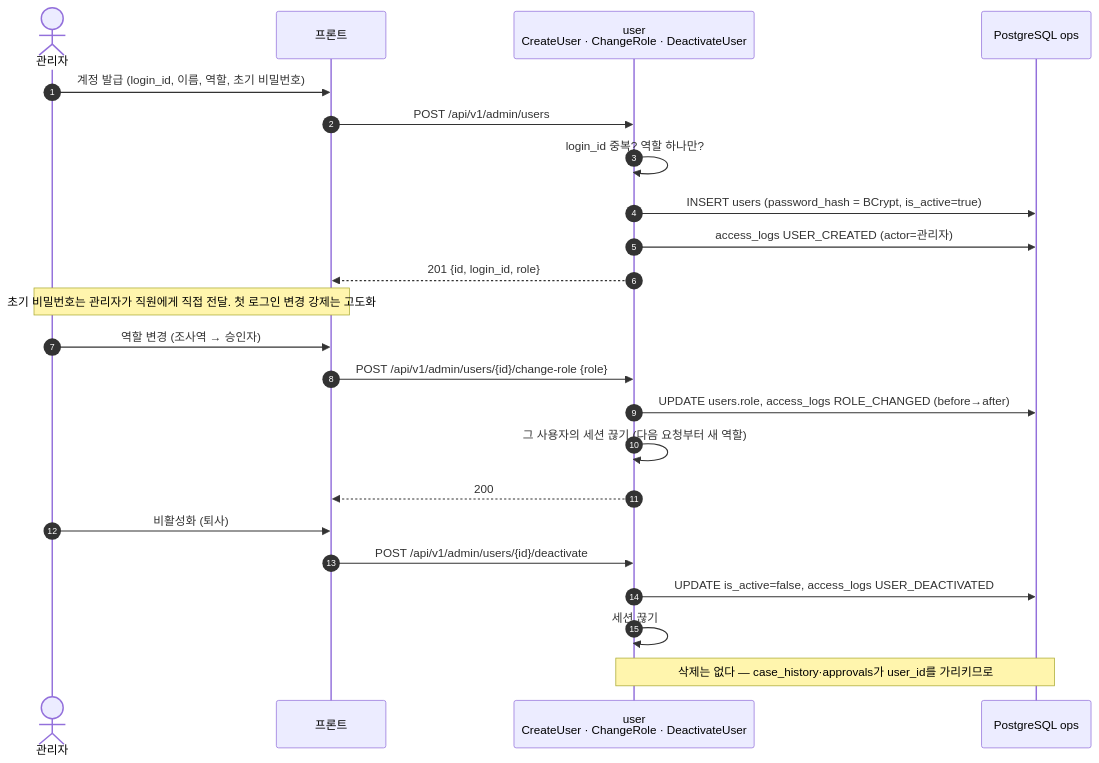
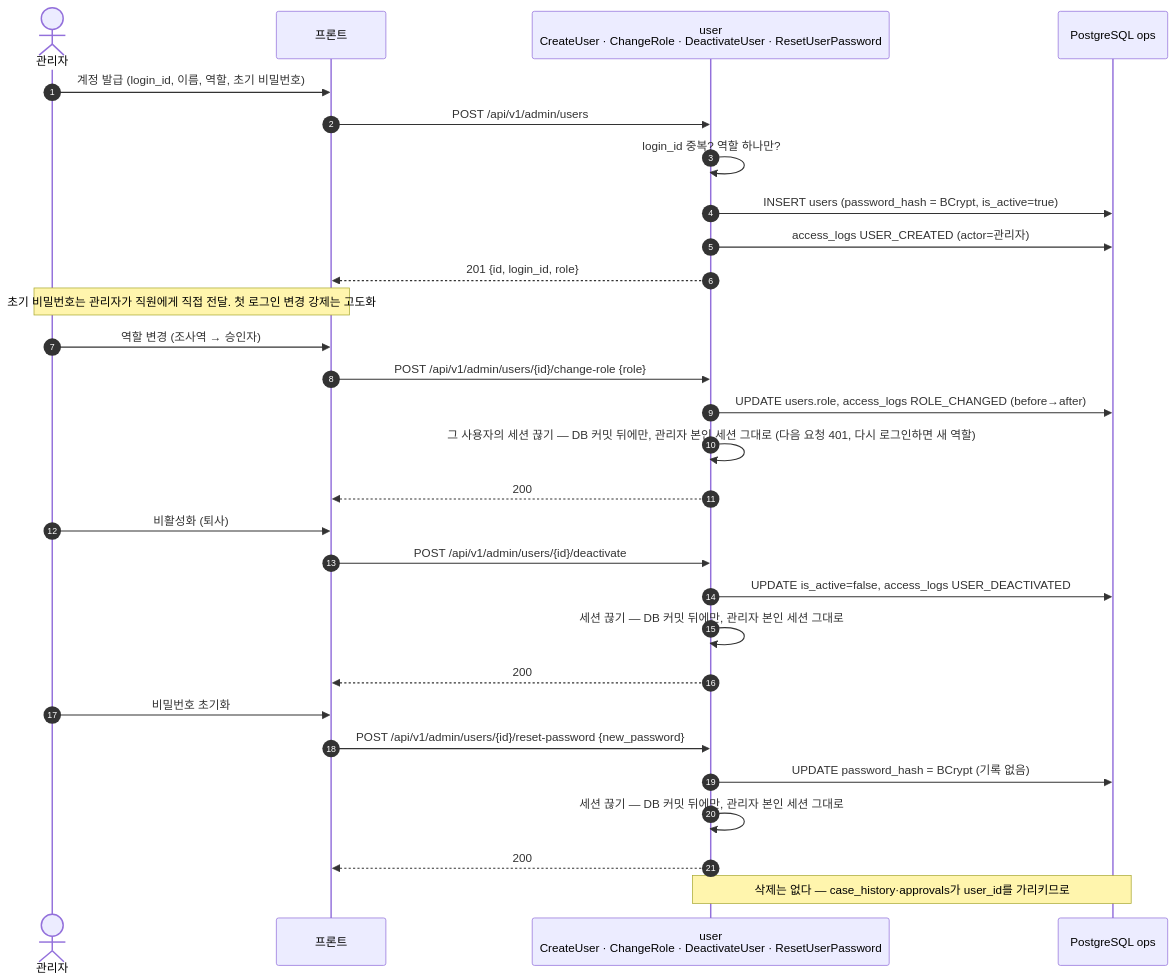
One commit to dajaba-team/dajaba-backend changed the third of 3 diagrams in docs/flows/05_login_auth.md. Above: the diagram before and after it, drawn with Mermaid. The commit also changed other lines of this file and 28 other files, not shown here.

````diff
--- a/docs/flows/05_login_auth.md
+++ b/docs/flows/05_login_auth.md
@@ -84,28 +85,35 @@
 ```mermaid
 sequenceDiagram
     autonumber
     actor Adm as 관리자
     participant FE as 프론트
-    participant USR as user<br/>CreateUser · ChangeRole · DeactivateUser
+    participant USR as user<br/>CreateUser · ChangeRole · DeactivateUser · ResetUserPassword
     participant DB as PostgreSQL ops
 
     Adm->>FE: 계정 발급 (login_id, 이름, 역할, 초기 비밀번호)
     FE->>USR: POST /api/v1/admin/users
     USR->>USR: login_id 중복? 역할 하나만?
     USR->>DB: INSERT users (password_hash = BCrypt, is_active=true)
     USR->>DB: access_logs USER_CREATED (actor=관리자)
     USR-->>FE: 201 {id, login_id, role}
     note over Adm,FE: 초기 비밀번호는 관리자가 직원에게 직접 전달. 첫 로그인 변경 강제는 고도화
 
     Adm->>FE: 역할 변경 (조사역 → 승인자)
     FE->>USR: POST /api/v1/admin/users/{id}/change-role {role}
     USR->>DB: UPDATE users.role, access_logs ROLE_CHANGED (before→after)
-    USR->>USR: 그 사용자의 세션 끊기 (다음 요청부터 새 역할)
+    USR->>USR: 그 사용자의 세션 끊기 — DB 커밋 뒤에만, 관리자 본인 세션 그대로 (다음 요청 401, 다시 로그인하면 새 역할)
     USR-->>FE: 200
 
     Adm->>FE: 비활성화 (퇴사)
     FE->>USR: POST /api/v1/admin/users/{id}/deactivate
     USR->>DB: UPDATE is_active=false, access_logs USER_DEACTIVATED
-    USR->>USR: 세션 끊기
+    USR->>USR: 세션 끊기 — DB 커밋 뒤에만, 관리자 본인 세션 그대로
+    USR-->>FE: 200
+
+    Adm->>FE: 비밀번호 초기화
+    FE->>USR: POST /api/v1/admin/users/{id}/reset-password {new_password}
+    USR->>DB: UPDATE password_hash = BCrypt (기록 없음)
+    USR->>USR: 세션 끊기 — DB 커밋 뒤에만, 관리자 본인 세션 그대로
+    USR-->>FE: 200
     note over USR,DB: 삭제는 없다 — case_history·approvals가 user_id를 가리키므로
 ```
````
